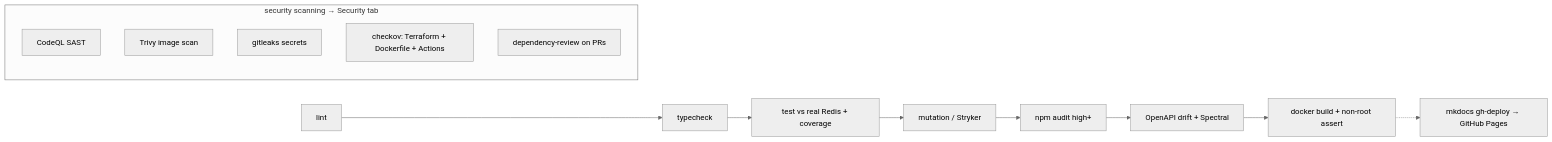
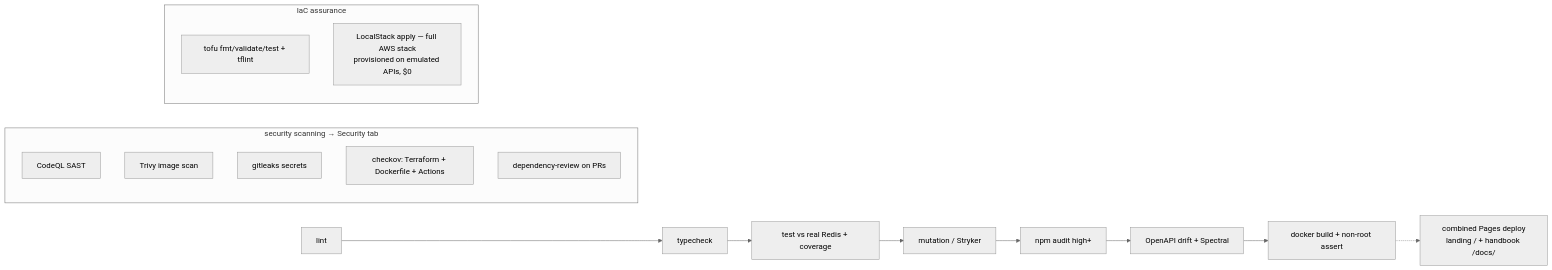
Diagram 12 of 13 in docs/diagrams.md (ArashM0z/auth-api), drawn with Mermaid (neutral theme) before and after one commit. The commit also changed 1 other file, not shown here.

Commit message:
docs: overview diagrams + full testing arsenal on the handbook home
- two Mermaid diagrams on the home page (system context, timing-safe login)
- testing & verification arsenal table: Vitest, fast-check, Testcontainers,
  security attack-suite, contract + OpenAPI drift, Stryker mutation (87%),
  autocannon, Spectral, CodeQL/gitleaks/Trivy/dependency-review,
  tofu test/tflint/checkov, LocalStack apply
- CI/CD diagram gains the IaC-assurance lane (tofu checks + LocalStack)

````diff
--- a/docs/diagrams.md
+++ b/docs/diagrams.md
@@ -184,13 +184,17 @@
 ```mermaid
 flowchart LR
   L[lint] --> T[typecheck] --> TE[test vs real Redis + coverage]
   TE --> MU[mutation / Stryker] --> AU[npm audit high+] --> OA[OpenAPI drift + Spectral] --> DK[docker build + non-root assert]
   subgraph sec [security scanning → Security tab]
     CQ[CodeQL SAST]
     TR[Trivy image scan]
     GL[gitleaks secrets]
     CK[checkov: Terraform + Dockerfile + Actions]
     DR[dependency-review on PRs]
   end
-  DK -.-> DOCS[mkdocs gh-deploy → GitHub Pages]
+  subgraph iac [IaC assurance]
+    TF[tofu fmt/validate/test + tflint]
+    LS[LocalStack apply — full AWS stack<br/>provisioned on emulated APIs, $0]
+  end
+  DK -.-> DOCS[combined Pages deploy<br/>landing / + handbook /docs/]
 ```
````
